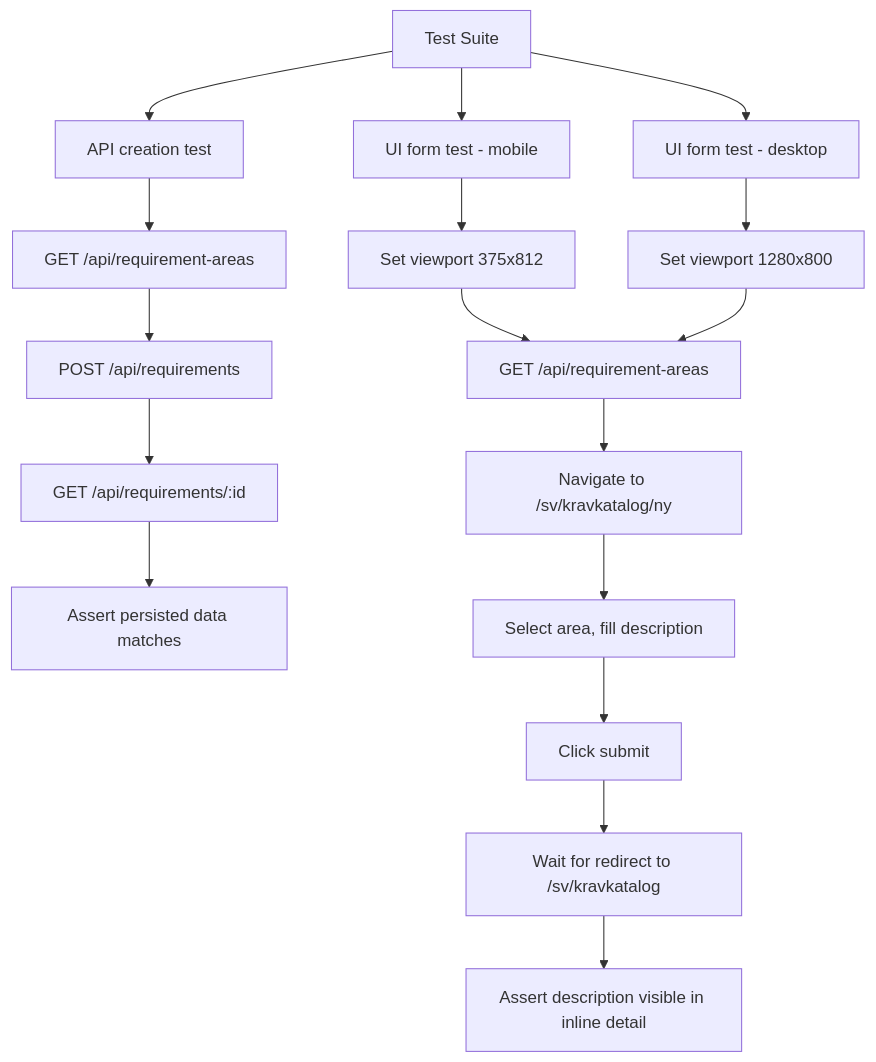
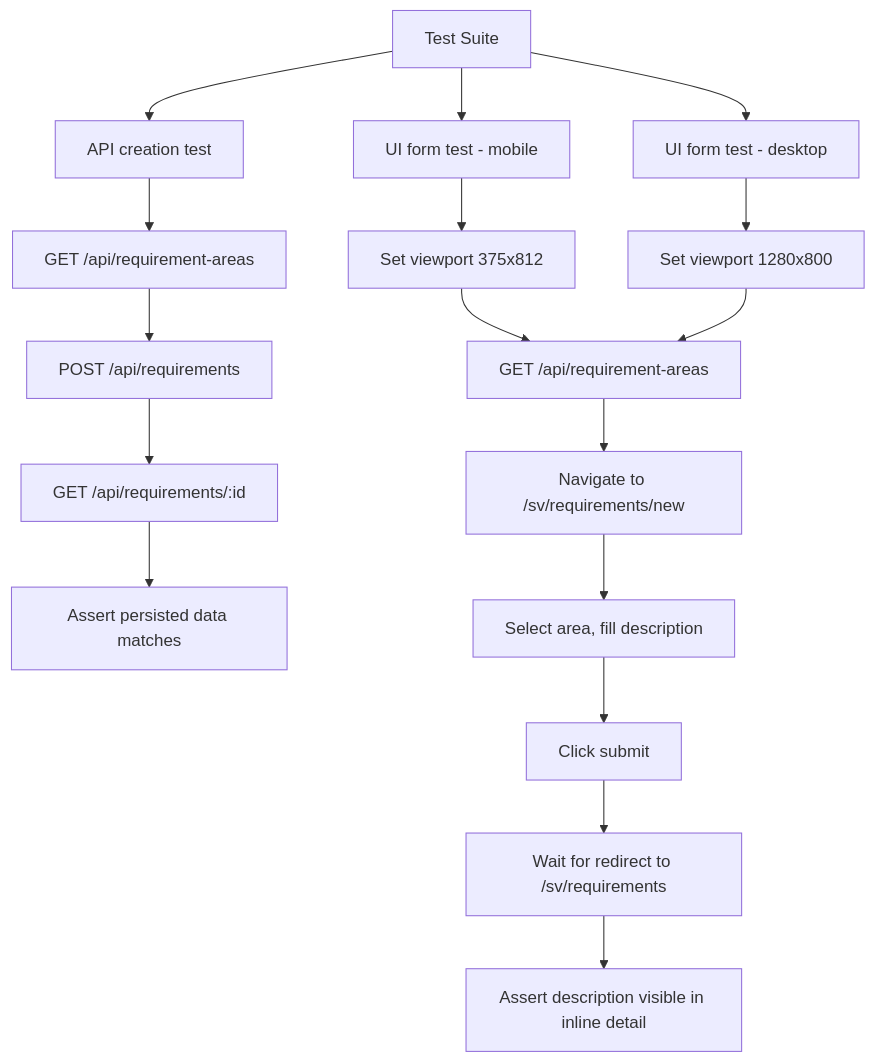
The first of 3 diagrams in tests/integration/requirement-create.md (viscalyx/Kravhantering), drawn with Mermaid before and after one commit. The commit also changed other lines of this file and 36 other files, not shown here.

````diff
--- a/tests/integration/requirement-create.md
+++ b/tests/integration/requirement-create.md
@@ -11,19 +11,19 @@
 ```mermaid
 flowchart TD
     A[Test Suite] --> B[API creation test]
     A --> C[UI form test - mobile]
     A --> D[UI form test - desktop]
     B --> B1[GET /api/requirement-areas]
     B1 --> B2[POST /api/requirements]
     B2 --> B3[GET /api/requirements/:id]
     B3 --> B4[Assert persisted data matches]
     C --> E1[Set viewport 375x812]
     D --> E2[Set viewport 1280x800]
     E1 --> F[GET /api/requirement-areas]
     E2 --> F
-    F --> G[Navigate to /sv/kravkatalog/ny]
+    F --> G[Navigate to /sv/requirements/new]
     G --> H[Select area, fill description]
     H --> I[Click submit]
-    I --> J[Wait for redirect to /sv/kravkatalog]
+    I --> J[Wait for redirect to /sv/requirements]
     J --> K[Assert description visible in inline detail]
 ```
````
